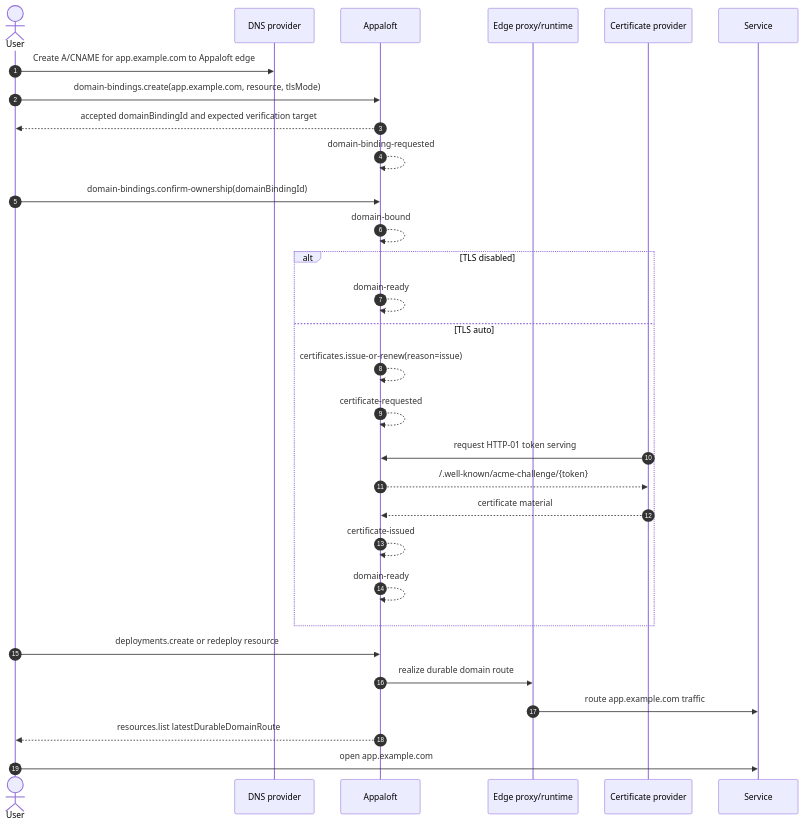
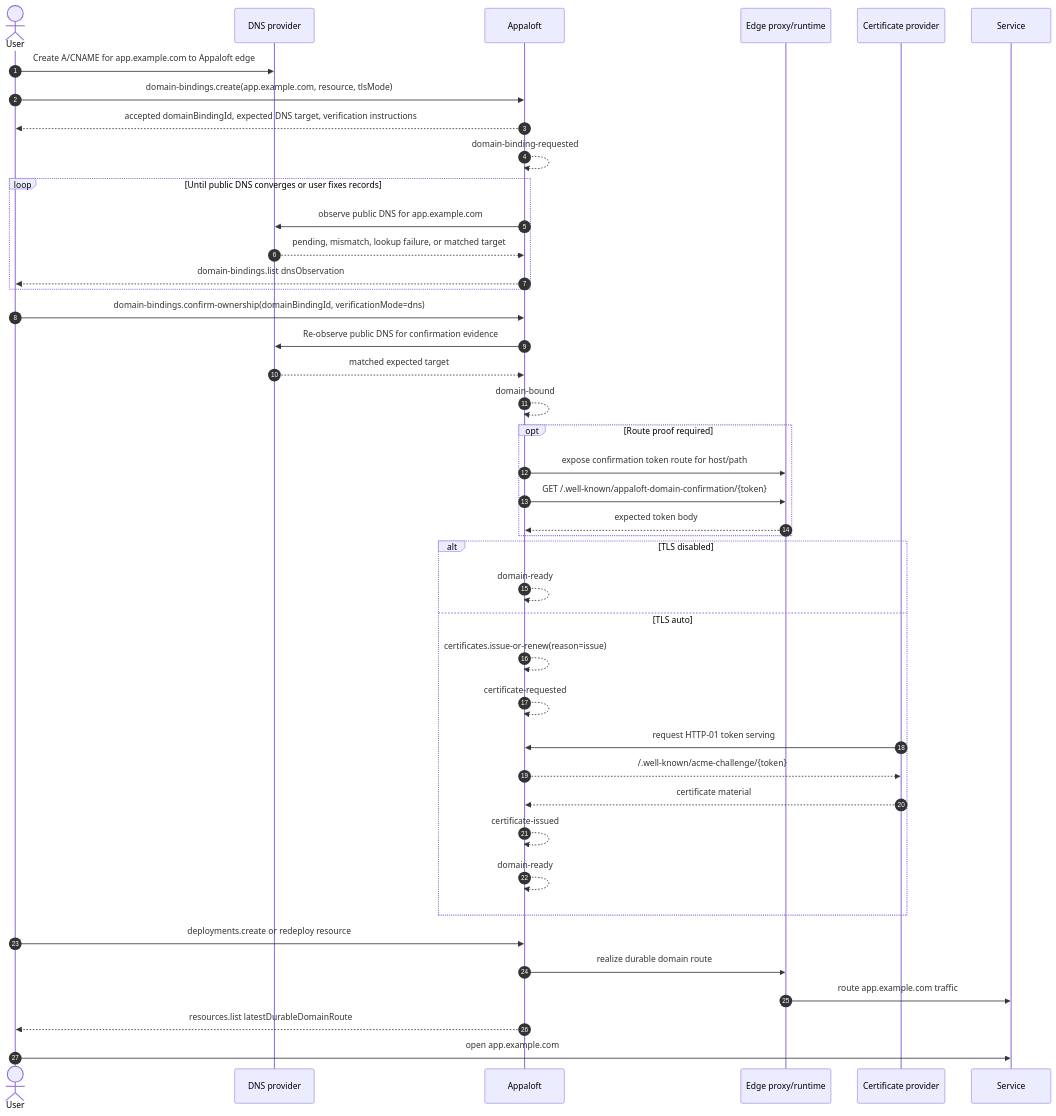
Before and after one commit to appaloft/appaloft: the first of 2 diagrams in docs/workflows/routing-domain-and-tls.md, drawn with Mermaid. The commit also changed other lines of this file and 51 other files, not shown here.

Commit message:
feat: add dns-gated domain ownership verification

````diff
--- a/docs/workflows/routing-domain-and-tls.md
+++ b/docs/workflows/routing-domain-and-tls.md
@@ -54,33 +56,45 @@
 ```mermaid
 sequenceDiagram
   autonumber
   actor User
   participant DNS as DNS provider
   participant Appaloft
   participant Proxy as Edge proxy/runtime
   participant CA as Certificate provider
   participant Service
 
   User->>DNS: Create A/CNAME for app.example.com to Appaloft edge
   User->>Appaloft: domain-bindings.create(app.example.com, resource, tlsMode)
-  Appaloft-->>User: accepted domainBindingId and expected verification target
+  Appaloft-->>User: accepted domainBindingId, expected DNS target, verification instructions
   Appaloft-->>Appaloft: domain-binding-requested
-  User->>Appaloft: domain-bindings.confirm-ownership(domainBindingId)
+  loop Until public DNS converges or user fixes records
+    Appaloft->>DNS: observe public DNS for app.example.com
+    DNS-->>Appaloft: pending, mismatch, lookup failure, or matched target
+    Appaloft-->>User: domain-bindings.list dnsObservation
+  end
+  User->>Appaloft: domain-bindings.confirm-ownership(domainBindingId, verificationMode=dns)
+  Appaloft->>DNS: Re-observe public DNS for confirmation evidence
+  DNS-->>Appaloft: matched expected target
   Appaloft-->>Appaloft: domain-bound
+  opt Route proof required
+    Appaloft->>Proxy: expose confirmation token route for host/path
+    Appaloft->>Proxy: GET /.well-known/appaloft-domain-confirmation/{token}
+    Proxy-->>Appaloft: expected token body
+  end
   alt TLS disabled
     Appaloft-->>Appaloft: domain-ready
   else TLS auto
     Appaloft-->>Appaloft: certificates.issue-or-renew(reason=issue)
     Appaloft-->>Appaloft: certificate-requested
     CA->>Appaloft: request HTTP-01 token serving
     Appaloft-->>CA: /.well-known/acme-challenge/{token}
     CA-->>Appaloft: certificate material
     Appaloft-->>Appaloft: certificate-issued
     Appaloft-->>Appaloft: domain-ready
   end
   User->>Appaloft: deployments.create or redeploy resource
   Appaloft->>Proxy: realize durable domain route
   Proxy->>Service: route app.example.com traffic
   Appaloft-->>User: resources.list latestDurableDomainRoute
   User->>Service: open app.example.com
 ```
````
